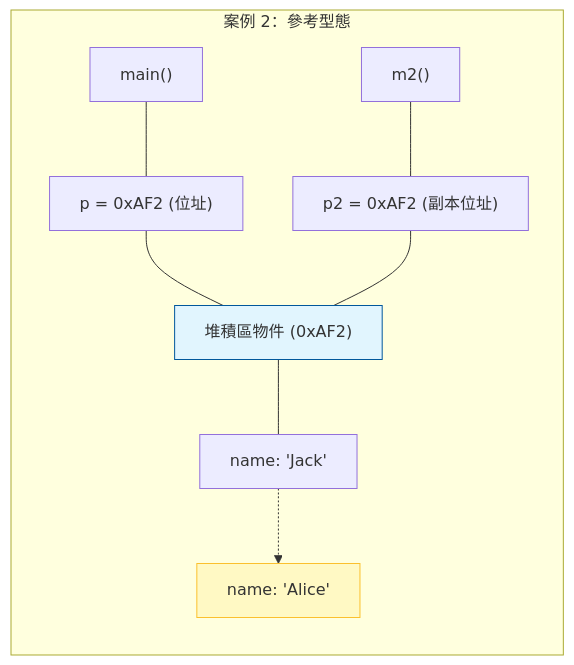
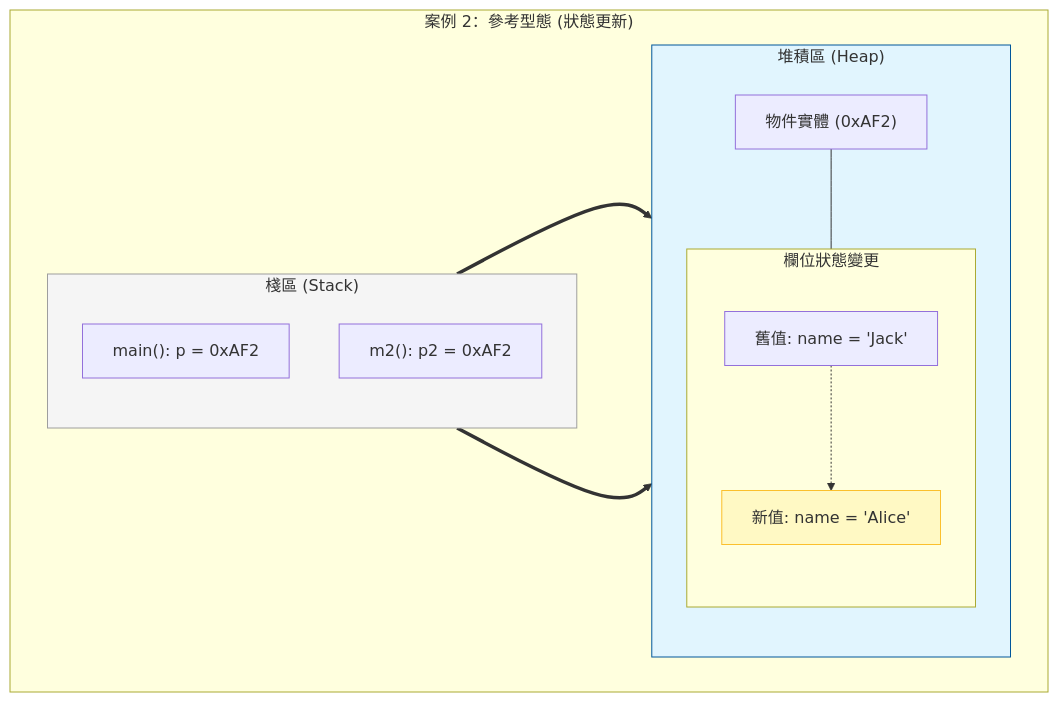
One commit to nlhsueh/teach_sw_fw changed the second of 5 diagrams in Part1-OOP/ch01_obp.md. Above: the diagram before and after it, drawn with Mermaid. The commit also changed other lines of this file, not shown here.

Commit message:
Refine Mermaid diagrams (Pass by Value cases) and remove slide links in ch01_obp.md

````diff
--- a/Part1-OOP/ch01_obp.md
+++ b/Part1-OOP/ch01_obp.md
@@ -623,14 +619,38 @@
 ```mermaid
-graph TD
-    subgraph "案例 2：參考型態"
-        direction TB
-        main2["main()"] --- p["p = 0xAF2 (位址)"]
-        m2["m2()"] --- p2["p2 = 0xAF2 (副本位址)"]
-        p --- heap["堆積區物件 (0xAF2)"]
-        p2 --- heap
-        heap --- name["name: 'Jack'"]
-        name -.-> name_new["name: 'Alice'"]
-        style name_new fill:#fff9c4,stroke:#fbc02d
-        style heap fill:#e1f5fe,stroke:#01579b
+graph LR
+    subgraph "案例 2：參考型態 (狀態更新)"
+        direction LR
+        
+        %% 棧區的部分
+        subgraph Stack ["棧區 (Stack)"]
+            direction TB
+            main2["main(): p = 0xAF2"]
+            m2["m2(): p2 = 0xAF2"]
+        end
+
+        %% 堆積區的部分
+        subgraph Heap ["堆積區 (Heap)"]
+            direction TB
+            obj["物件實體 (0xAF2)"]
+            
+            %% 強制 name 與 name_new 垂直排列
+            subgraph State ["欄位狀態變更"]
+                direction TB
+                name["舊值: name = 'Jack'"]
+                name_new["新值: name = 'Alice'"]
+                name -.-> name_new
+            end
+            
+            obj --- State
+        end
+
+        %% 指標指向堆積區
+        main2 ==> obj
+        m2 ==> obj
     end
-```
+
+    %% 樣式設定
+    style name_new fill:#fff9c4,stroke:#fbc02d
+    style Heap fill:#e1f5fe,stroke:#01579b
+    style Stack fill:#f5f5f5,stroke:#9e9e9e
+```    
````
